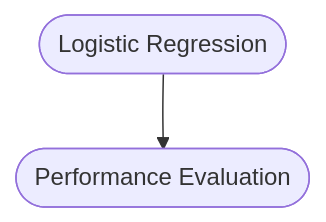
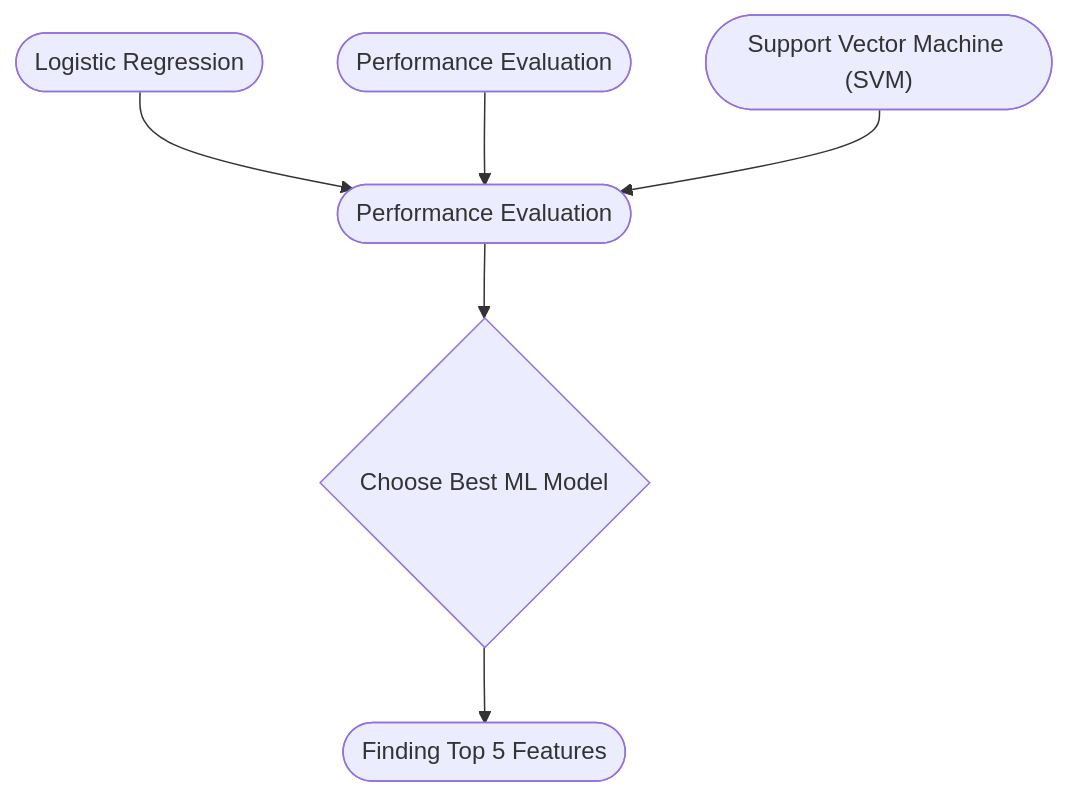
Before and after one commit to omaralfaqih6/breast_cancer_wisconsin: the diagram in README.md, drawn with Mermaid.

Commit message:
Modifying ReadMe File 11.

````diff
--- a/README.md
+++ b/README.md
@@ -57,6 +57,13 @@
 ```mermaid
 graph TD;
     A(["Logistic Regression"]);
     B(["Performance Evaluation"]);
-    A-->B;
+    C(["Support Vector Machine (SVM)"]);
+    D(["Performance Evaluation"]);
+    A-->D;
+    B-->D;
+    C-->D;
+    D-->E{"Choose Best ML Model"};
+    E-->F(["Finding Top 5 Features"])
+    
 ```
````
